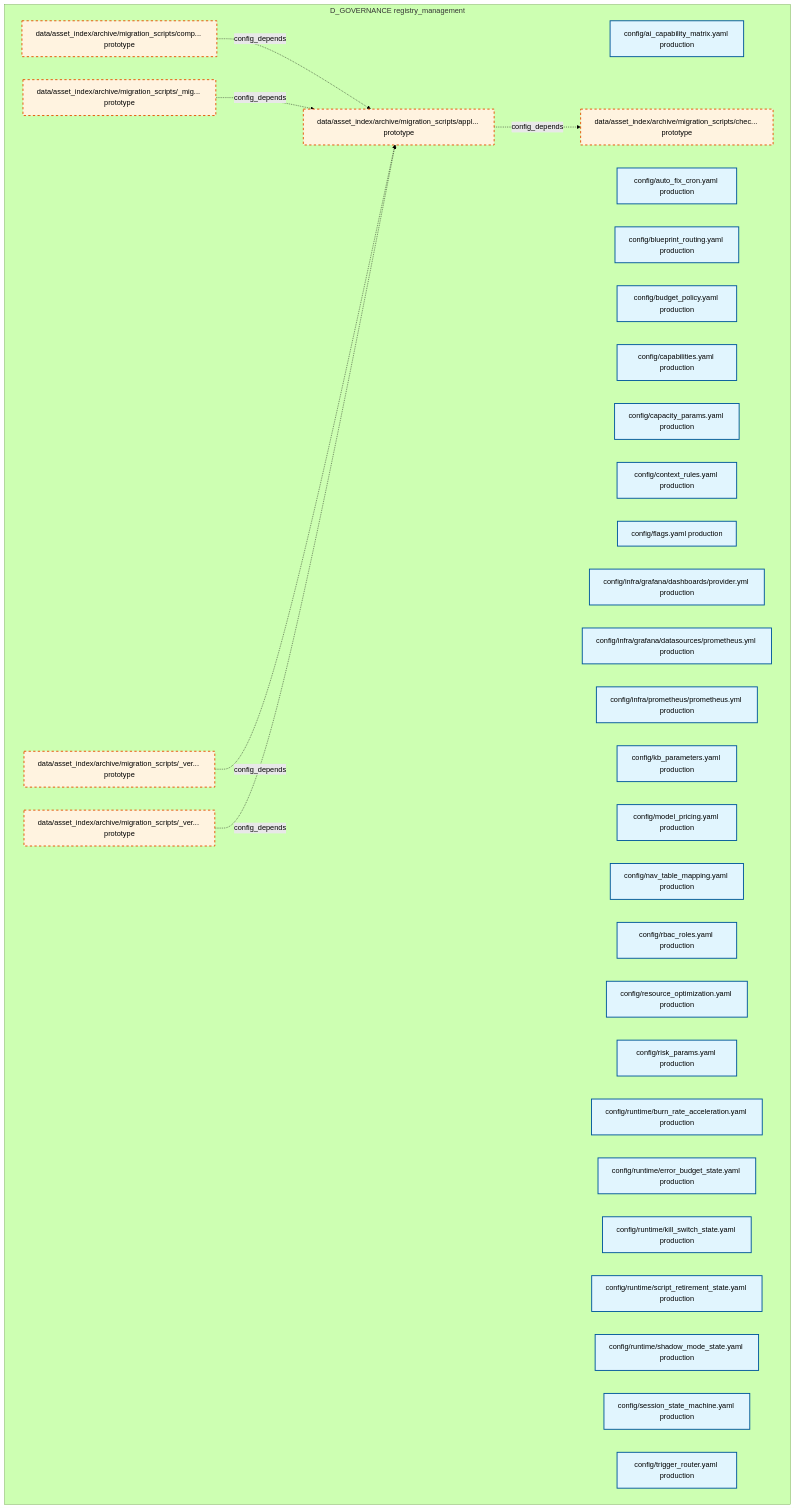
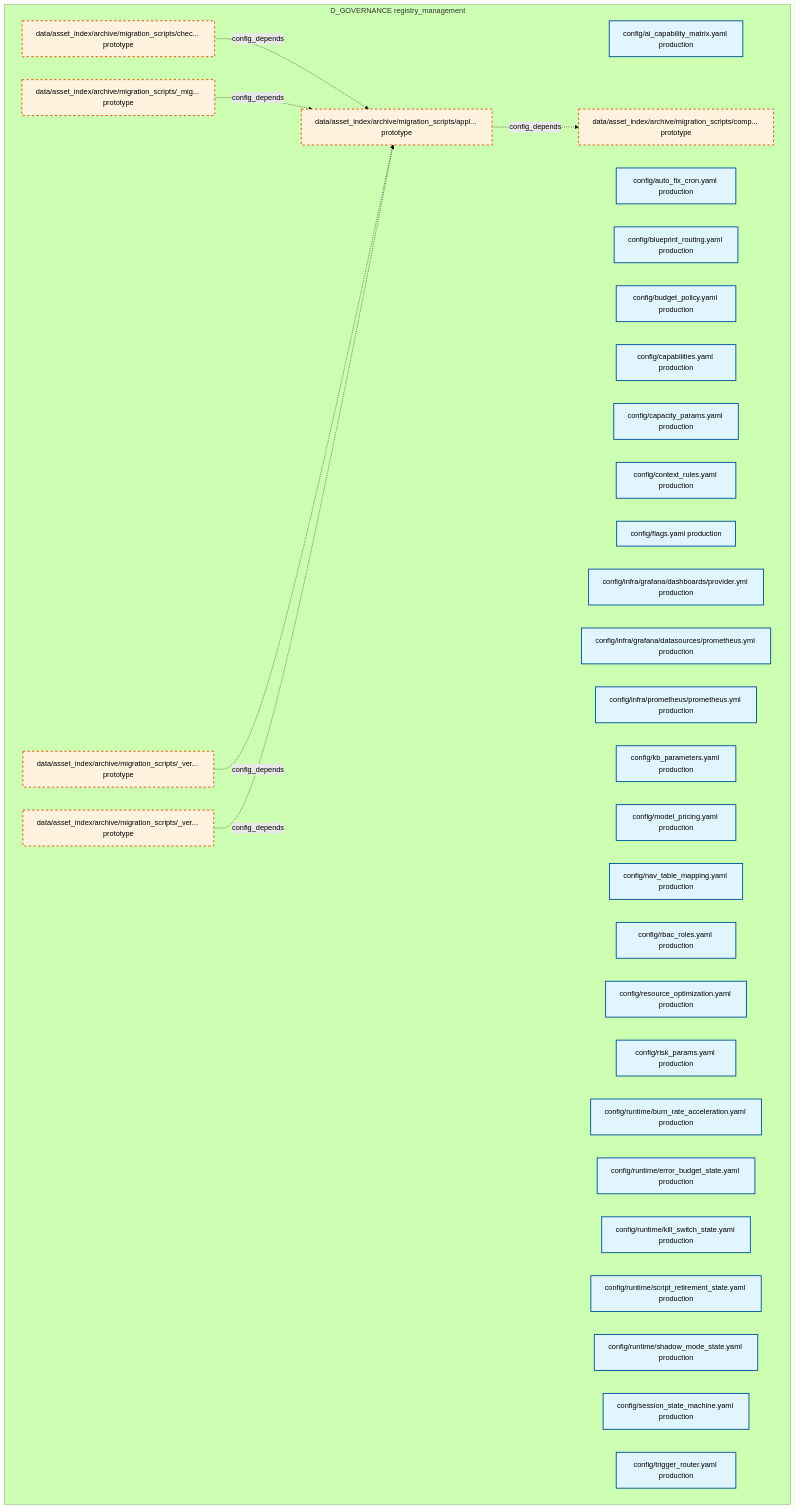
The first of 29 diagrams in docs/02_enterprise_architecture/02_domain_architecture_docs/31_d_governance.md (xuanFelixVan/ZephyrAlpha), drawn with Mermaid (forest theme) before and after one commit. The commit also changed other lines of this file and 100 other files, not shown here.

````diff
--- a/docs/02_enterprise_architecture/02_domain_architecture_docs/31_d_governance.md
+++ b/docs/02_enterprise_architecture/02_domain_architecture_docs/31_d_governance.md
@@ -49,46 +49,46 @@
 ```mermaid
 graph TD
     subgraph D_GOVERNANCE["D_GOVERNANCE registry_management"]
         config_ai_capability_matrix_yaml["config/ai_capability_matrix.yaml production"]
         config_auto_fix_cron_yaml["config/auto_fix_cron.yaml production"]
         config_blueprint_routing_yaml["config/blueprint_routing.yaml production"]
         config_budget_policy_yaml["config/budget_policy.yaml production"]
         config_capabilities_yaml["config/capabilities.yaml production"]
         config_capacity_params_yaml["config/capacity_params.yaml production"]
         config_context_rules_yaml["config/context_rules.yaml production"]
         config_flags_yaml["config/flags.yaml production"]
         config_infra_grafana_dashboards_provider_yml["config/infra/grafana/dashboards/provider.yml production"]
         config_infra_grafana_datasources_prometheus_yml["config/infra/grafana/datasources/prometheus.yml production"]
         config_infra_prometheus_prometheus_yml["config/infra/prometheus/prometheus.yml production"]
         config_kb_parameters_yaml["config/kb_parameters.yaml production"]
         config_model_pricing_yaml["config/model_pricing.yaml production"]
         config_nav_table_mapping_yaml["config/nav_table_mapping.yaml production"]
         config_rbac_roles_yaml["config/rbac_roles.yaml production"]
         config_resource_optimization_yaml["config/resource_optimization.yaml production"]
         config_risk_params_yaml["config/risk_params.yaml production"]
         config_runtime_burn_rate_acceleration_yaml["config/runtime/burn_rate_acceleration.yaml production"]
         config_runtime_error_budget_state_yaml["config/runtime/error_budget_state.yaml production"]
         config_runtime_kill_switch_state_yaml["config/runtime/kill_switch_state.yaml production"]
         config_runtime_script_retirement_state_yaml["config/runtime/script_retirement_state.yaml production"]
         config_runtime_shadow_mode_state_yaml["config/runtime/shadow_mode_state.yaml production"]
         config_session_state_machine_yaml["config/session_state_machine.yaml production"]
         config_trigger_router_yaml["config/trigger_router.yaml production"]
         data_asset_index_archive_migration_scripts_migration_shared_py["data/asset_index/archive/migration_scripts/_mig... prototype"]
         data_asset_index_archive_migration_scripts_verify_manifest_py["data/asset_index/archive/migration_scripts/_ver... prototype"]
         data_asset_index_archive_migration_scripts_verify_step4_py["data/asset_index/archive/migration_scripts/_ver... prototype"]
         data_asset_index_archive_migration_scripts_apply_rulings_py["data/asset_index/archive/migration_scripts/appl... prototype"]
         data_asset_index_archive_migration_scripts_check_coverage_py["data/asset_index/archive/migration_scripts/chec... prototype"]
         data_asset_index_archive_migration_scripts_comprehensive_import_fix_py["data/asset_index/archive/migration_scripts/comp... prototype"]
     end
-    data_asset_index_archive_migration_scripts_apply_rulings_py -.->|config_depends| data_asset_index_archive_migration_scripts_check_coverage_py
-    data_asset_index_archive_migration_scripts_comprehensive_import_fix_py -.->|config_depends| data_asset_index_archive_migration_scripts_apply_rulings_py
+    data_asset_index_archive_migration_scripts_apply_rulings_py -.->|config_depends| data_asset_index_archive_migration_scripts_comprehensive_import_fix_py
+    data_asset_index_archive_migration_scripts_check_coverage_py -.->|config_depends| data_asset_index_archive_migration_scripts_apply_rulings_py
     data_asset_index_archive_migration_scripts_migration_shared_py -.->|config_depends| data_asset_index_archive_migration_scripts_apply_rulings_py
     data_asset_index_archive_migration_scripts_verify_manifest_py -.->|config_depends| data_asset_index_archive_migration_scripts_apply_rulings_py
     data_asset_index_archive_migration_scripts_verify_step4_py -.->|config_depends| data_asset_index_archive_migration_scripts_apply_rulings_py
     classDef production fill:#e1f5fe,stroke:#01579b,stroke-width:2px,color:#000
     classDef design fill:#fff3e0,stroke:#e65100,stroke-width:2px,color:#000,stroke-dasharray: 5 5
     classDef external_prod fill:#e8f5e9,stroke:#1b5e20,stroke-width:1px,color:#000
     classDef external_design fill:#fce4ec,stroke:#880e4f,stroke-width:1px,color:#000,stroke-dasharray: 5 5
     class config_ai_capability_matrix_yaml,config_auto_fix_cron_yaml,config_blueprint_routing_yaml,config_budget_policy_yaml,config_capabilities_yaml,config_capacity_params_yaml,config_context_rules_yaml,config_flags_yaml,config_infra_grafana_dashboards_provider_yml,config_infra_grafana_datasources_prometheus_yml,config_infra_prometheus_prometheus_yml,config_kb_parameters_yaml,config_model_pricing_yaml,config_nav_table_mapping_yaml,config_rbac_roles_yaml,config_resource_optimization_yaml,config_risk_params_yaml,config_runtime_burn_rate_acceleration_yaml,config_runtime_error_budget_state_yaml,config_runtime_kill_switch_state_yaml,config_runtime_script_retirement_state_yaml,config_runtime_shadow_mode_state_yaml,config_session_state_machine_yaml,config_trigger_router_yaml production
     class data_asset_index_archive_migration_scripts_migration_shared_py,data_asset_index_archive_migration_scripts_verify_manifest_py,data_asset_index_archive_migration_scripts_verify_step4_py,data_asset_index_archive_migration_scripts_apply_rulings_py,data_asset_index_archive_migration_scripts_check_coverage_py,data_asset_index_archive_migration_scripts_comprehensive_import_fix_py design
 ```
````
